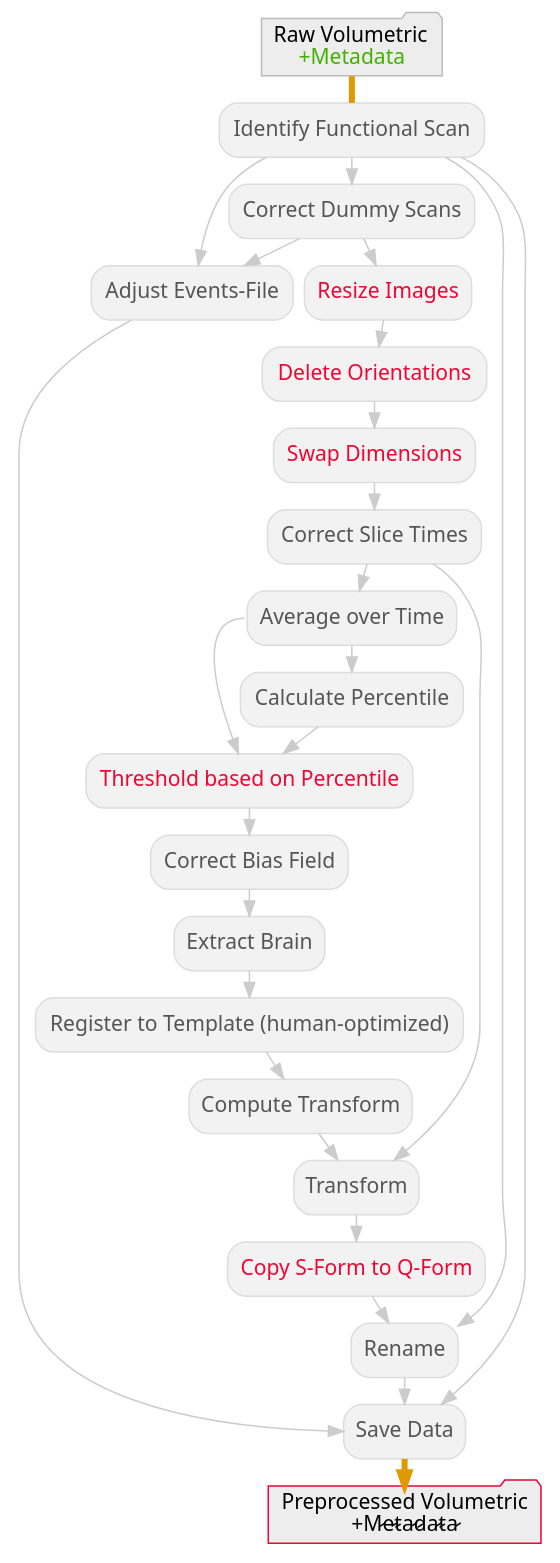
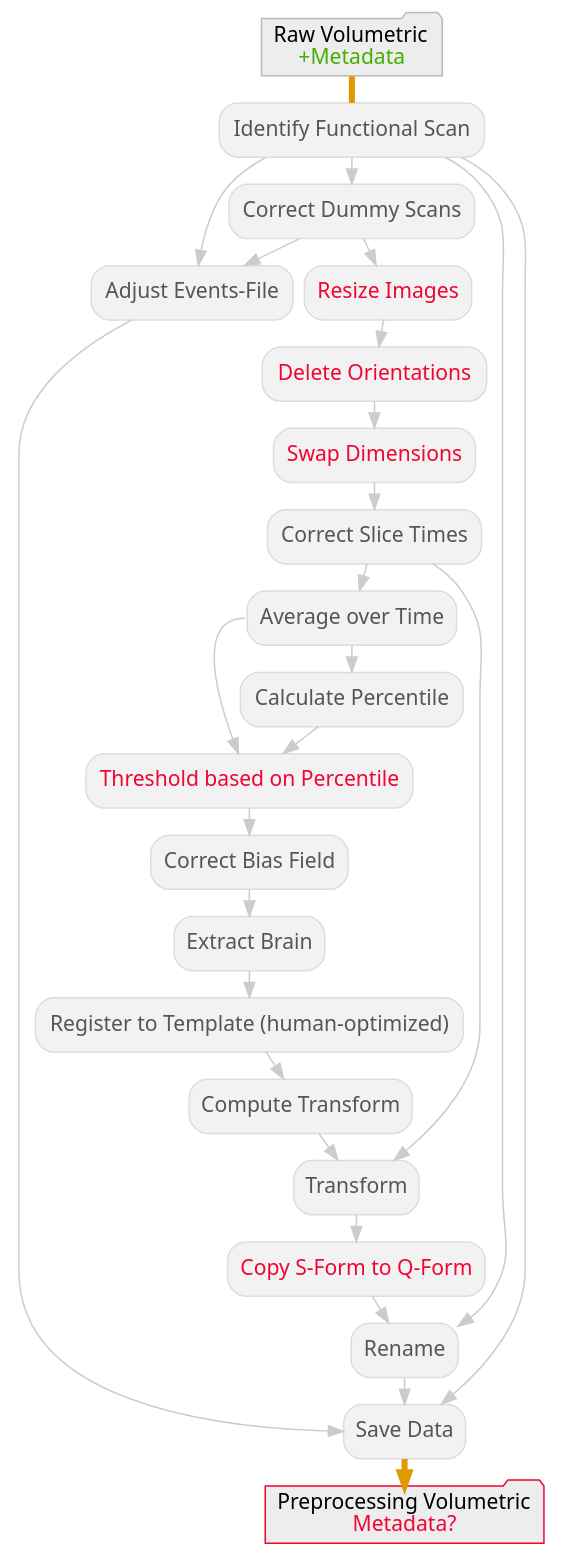
The diagram in data/legacy.dot (Jimmy2027/mlebe_RepSep), drawn with Graphviz before and after one commit. The commit also changed 1 other file, not shown here.

Commit message:
Updated bad metadata highlighting

```diff
--- a/data/legacy.dot
+++ b/data/legacy.dot
@@ -1,57 +1,57 @@
 digraph legacy_work{
   graph [pad="0.07", nodesep="0.1", ranksep="0.25"];
   node [fontname = "sans", style="filled,rounded", shape="box"];
   edge [fontname = "sans", color=gray80];
   legacy_work_get_f_scan[label="Identify Functional Scan", color="#DDDDDD", fillcolor=grey95, fontcolor="#555555"];
   legacy_work_dummy_scans[label="Correct Dummy Scans", color="#DDDDDD", fillcolor=grey95, fontcolor="#555555"];
   legacy_work_f_resize[label="Resize Images", color="#DDDDDD", fillcolor=grey95, fontcolor="#F00533"];
   legacy_work_f_deleteorient[label="Delete Orientations", color="#DDDDDD", fillcolor=grey95, fontcolor="#F00533"];
   legacy_work_f_swapdim[label="Swap Dimensions", color="#DDDDDD", fillcolor=grey95, fontcolor="#F00533"];
   legacy_work_slicetimer[label="Correct Slice Times", color="#DDDDDD", fillcolor=grey95, fontcolor="#555555"];
   legacy_work_temporal_mean[label="Average over Time", color="#DDDDDD", fillcolor=grey95, fontcolor="#555555"];
   legacy_work_f_percentile[label="Calculate Percentile", color="#DDDDDD", fillcolor=grey95, fontcolor="#555555"];
   legacy_work_f_threshold[label="Threshold based on Percentile", color="#DDDDDD", fillcolor=grey95, fontcolor="#F00533"];
   legacy_work_f_fast[label="Correct Bias Field", color="#DDDDDD", fillcolor=grey95, fontcolor="#555555"];
   legacy_work_f_BET[label="Extract Brain", color="#DDDDDD", fillcolor=grey95, fontcolor="#555555"];
   legacy_work_ants_introduction[label="Register to Template (human-optimized)", color="#DDDDDD", fillcolor=grey95, fontcolor="#555555"];
   legacy_work_warp_merge[label="Compute Transform", color="#DDDDDD", fillcolor=grey95, fontcolor="#555555"];
   legacy_work_f_warp[label="Transform", color="#DDDDDD", fillcolor=grey95, fontcolor="#555555"];
   legacy_work_f_copysform2qform[label="Copy S-Form to Q-Form", color="#DDDDDD", fillcolor=grey95, fontcolor="#F00533"];
   legacy_work_f_rename[label="Rename", color="#DDDDDD", fillcolor=grey95, fontcolor="#555555"];
   legacy_work_events_file[label="Adjust Events-File", color="#DDDDDD", fillcolor=grey95, fontcolor="#555555"];
   legacy_work_datasink[label="Save Data", color="#DDDDDD", fillcolor=grey95, fontcolor="#555555"];
   d[
       label=<Raw Volumetric<BR/><FONT COLOR="#45B000">+Metadata</FONT>>,
       shape=folder, color="#BBBBBB", fillcolor=grey93,
       ];
   e[
-      label="Preprocessed Volumetric\n +M̷e̷t̷a̷d̷a̷t̷a̷",
+      label=<Preprocessing Volumetric<BR/><FONT COLOR="#F00533">Metadata?</FONT>>,
       shape=folder, color="#F00533", fillcolor=grey93,
       ];
   d -> legacy_work_get_f_scan [arrowhead=none, arrowsize=0.9, penwidth=4, color="#DE9A00"];
   legacy_work_get_f_scan -> legacy_work_dummy_scans;
   legacy_work_get_f_scan -> legacy_work_f_rename;
   legacy_work_get_f_scan -> legacy_work_datasink;
   legacy_work_get_f_scan -> legacy_work_events_file [style="invis"];
   legacy_work_get_f_scan -> legacy_work_events_file;
   legacy_work_dummy_scans -> legacy_work_events_file;
   legacy_work_dummy_scans -> legacy_work_f_resize;
   legacy_work_f_resize -> legacy_work_f_deleteorient;
   legacy_work_f_deleteorient -> legacy_work_f_swapdim;
   legacy_work_f_swapdim -> legacy_work_slicetimer;
   legacy_work_slicetimer -> legacy_work_temporal_mean;
   legacy_work_slicetimer -> legacy_work_f_warp;
   legacy_work_temporal_mean -> legacy_work_f_percentile;
   legacy_work_temporal_mean:w -> legacy_work_f_threshold;
   legacy_work_f_percentile -> legacy_work_f_threshold;
   legacy_work_f_threshold -> legacy_work_f_fast;
   legacy_work_f_fast -> legacy_work_f_BET;
   legacy_work_f_BET -> legacy_work_ants_introduction;
   legacy_work_ants_introduction -> legacy_work_warp_merge;
   legacy_work_warp_merge -> legacy_work_f_warp;
   legacy_work_f_warp -> legacy_work_f_copysform2qform;
   legacy_work_f_copysform2qform -> legacy_work_f_rename;
   legacy_work_f_rename -> legacy_work_datasink;
   legacy_work_events_file -> legacy_work_datasink;
   legacy_work_datasink -> e [arrowsize=0.9, penwidth=4, color="#DE9A00"];
 }
```
